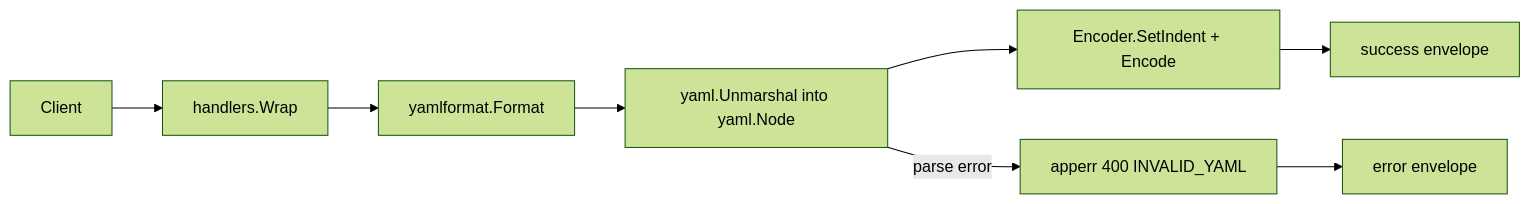
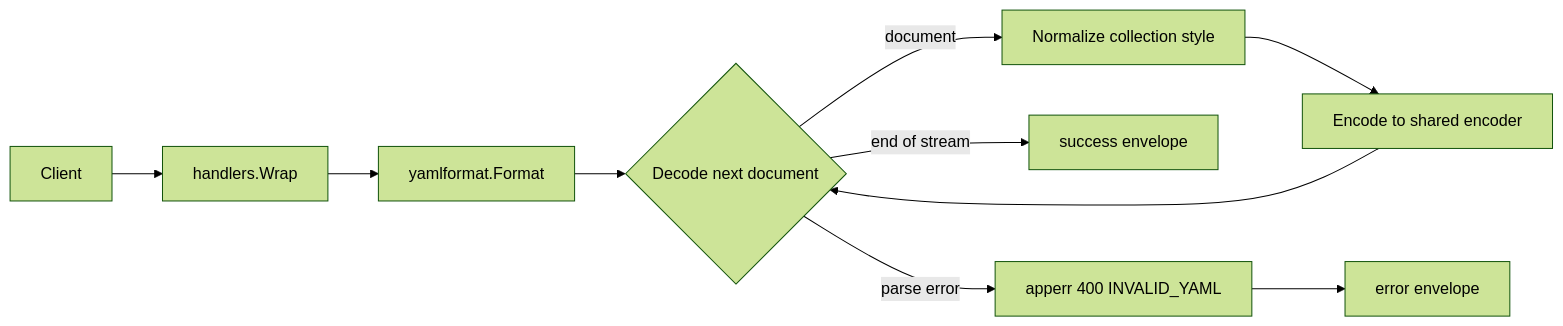
Before and after one commit to aeciopires/mytoolkit: the diagram in docs/api/yaml-format.md, drawn with Mermaid (forest theme). The commit also changed other lines of this file and 54 other files, not shown here.

````diff
--- a/docs/api/yaml-format.md
+++ b/docs/api/yaml-format.md
@@ -49,9 +55,11 @@
 ```mermaid
 flowchart LR
     A[Client] --> B[handlers.Wrap]
     B --> C[yamlformat.Format]
-    C --> D[yaml.Unmarshal into yaml.Node]
-    D --> E[Encoder.SetIndent + Encode]
-    E --> F[success envelope]
-    D -->|parse error| G[apperr 400 INVALID_YAML] --> H[error envelope]
+    C --> D{Decode next document}
+    D -->|document| E[Normalize collection style]
+    E --> F[Encode to shared encoder]
+    F --> D
+    D -->|end of stream| G[success envelope]
+    D -->|parse error| H[apperr 400 INVALID_YAML] --> I[error envelope]
 ```
````
